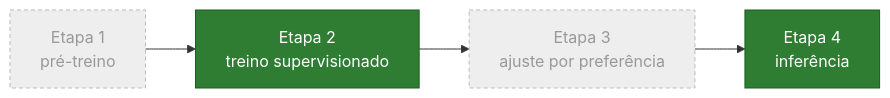
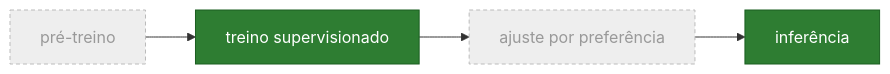
The fourth of 8 diagrams in README.md (kafb04/data-engineering-multimodal-ai), drawn with Mermaid before and after one commit. The commit also changed other lines of this file, not shown here.

````diff
--- a/README.md
+++ b/README.md
@@ -170,8 +109,8 @@
 ```mermaid
 flowchart LR
-    E1["Etapa 1<br/>pré-treino"]:::nao --> E2["Etapa 2<br/>treino supervisionado"]:::sim
-    E2 --> E3["Etapa 3<br/>ajuste por preferência"]:::nao
-    E3 --> E4["Etapa 4<br/>inferência"]:::sim
+    E1["pré-treino"]:::nao --> E2["treino supervisionado"]:::sim
+    E2 --> E3["ajuste por preferência"]:::nao
+    E3 --> E4["inferência"]:::sim
     classDef sim fill:#2E7D32,color:#fff,stroke:#1B5E20
     classDef nao fill:#EEEEEE,color:#999,stroke:#BBBBBB,stroke-dasharray:4 3
 ```
````
